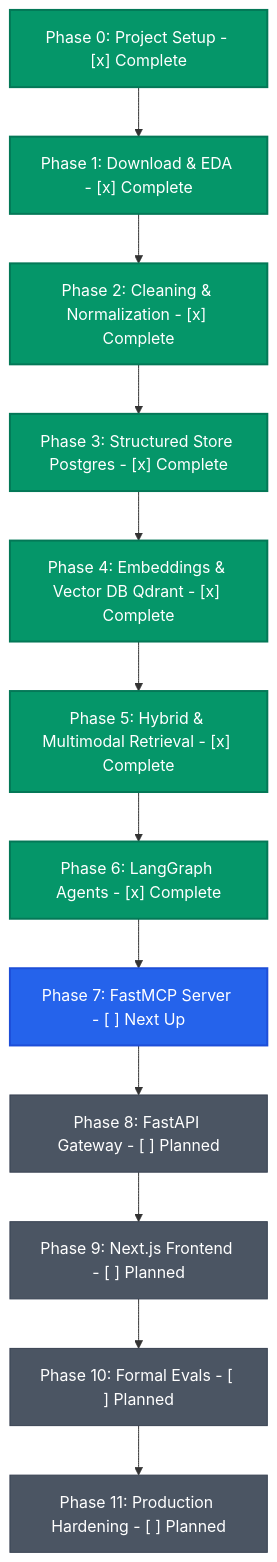
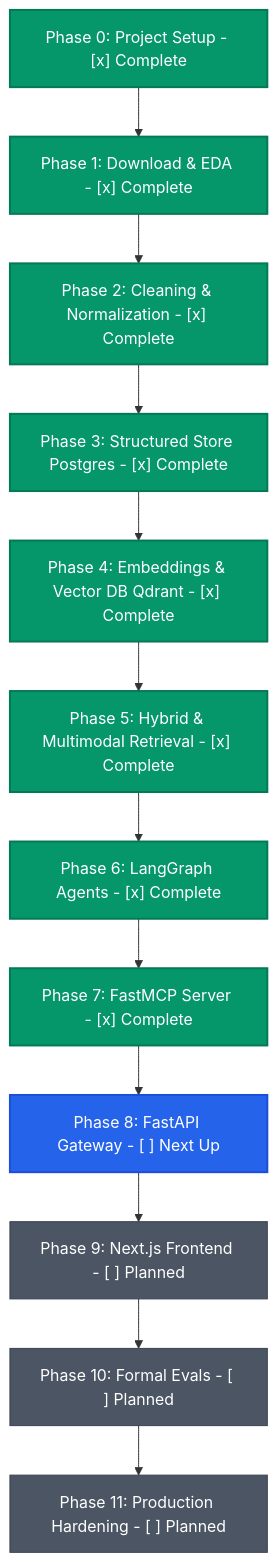
The first of 3 diagrams in Roadmap.md (iar01/nutrition-and-food-label-analyzer), drawn with Mermaid before and after one commit. The commit also changed other lines of this file and 27 other files, not shown here.

Commit message:
feat(mcp): implement Phase 7 FastMCP server, tools, resources, and docs

````diff
--- a/Roadmap.md
+++ b/Roadmap.md
@@ -45,22 +45,22 @@
 ```mermaid
 flowchart TD
     P0["Phase 0: Project Setup - [x] Complete"] --> P1["Phase 1: Download & EDA - [x] Complete"]
     P1 --> P2["Phase 2: Cleaning & Normalization - [x] Complete"]
     P2 --> P3["Phase 3: Structured Store Postgres - [x] Complete"]
     P3 --> P4["Phase 4: Embeddings & Vector DB Qdrant - [x] Complete"]
     P4 --> P5["Phase 5: Hybrid & Multimodal Retrieval - [x] Complete"]
     P5 --> P6["Phase 6: LangGraph Agents - [x] Complete"]
-    P6 --> P7["Phase 7: FastMCP Server - [ ] Next Up"]
-    P7 --> P8["Phase 8: FastAPI Gateway - [ ] Planned"]
+    P6 --> P7["Phase 7: FastMCP Server - [x] Complete"]
+    P7 --> P8["Phase 8: FastAPI Gateway - [ ] Next Up"]
     P8 --> P9["Phase 9: Next.js Frontend - [ ] Planned"]
     P9 --> P10["Phase 10: Formal Evals - [ ] Planned"]
     P10 --> P11["Phase 11: Production Hardening - [ ] Planned"]
 
     classDef done fill:#059669,stroke:#047857,stroke-width:2px,color:#fff;
     classDef next fill:#2563eb,stroke:#1d4ed8,stroke-width:2px,color:#fff;
     classDef planned fill:#4b5563,stroke:#374151,stroke-width:1px,color:#fff;
 
-    class P0,P1,P2,P3,P4,P5,P6 done;
-    class P7 next;
-    class P8,P9,P10,P11 planned;
+    class P0,P1,P2,P3,P4,P5,P6,P7 done;
+    class P8 next;
+    class P9,P10,P11 planned;
 ```
````
